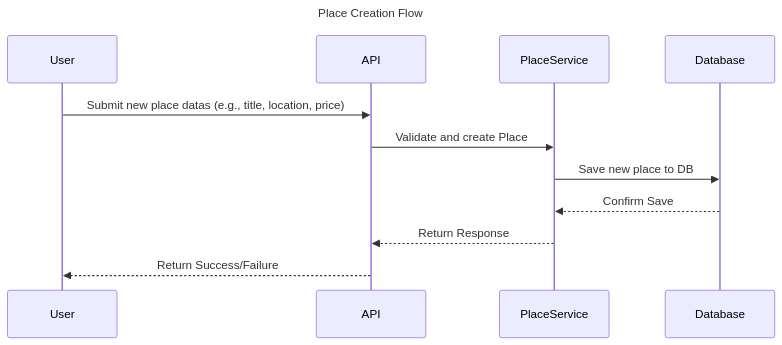
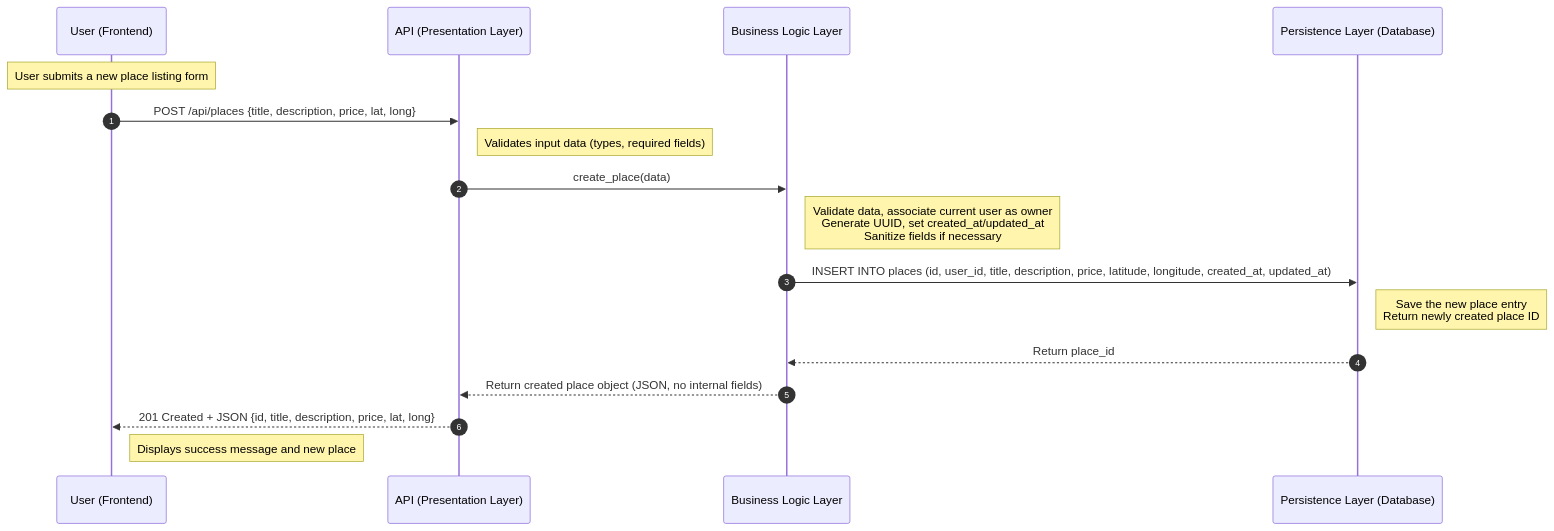
The second of 4 diagrams in part1/2_Sequence_Diagrams.md (Roullito/holbertonschool-hbnb), drawn with Mermaid before and after one commit. The commit also changed other lines of this file, not shown here.

Commit message:
refactor: update sequence diagrams for API calls with detailed descriptions and improved structure

````diff
--- a/part1/2_Sequence_Diagrams.md
+++ b/part1/2_Sequence_Diagrams.md
@@ -38,17 +41,25 @@
 ```mermaid
 sequenceDiagram
-title Place Creation Flow
+    autonumber
+    participant Client as User (Frontend)
+    participant API as API (Presentation Layer)
+    participant Logic as Business Logic Layer
+    participant DB as Persistence Layer (Database)
 
-participant User
-participant API
-participant PlaceService
-participant Database
+    Note over Client: User submits a new place listing form
+    Client->>API: POST /api/places {title, description, price, lat, long}
 
-User ->> API: Submit new place datas (e.g., title, location, price)
-API ->> PlaceService: Validate and create Place
-PlaceService ->> Database: Save new place to DB
-Database -->> PlaceService: Confirm Save
-PlaceService -->> API: Return Response
-API -->> User: Return Success/Failure
+    Note right of API: Validates input data (types, required fields)
+    API->>Logic: create_place(data)
+
+    Note right of Logic: Validate data, associate current user as owner<br>Generate UUID, set created_at/updated_at<br>Sanitize fields if necessary
+    Logic->>DB: INSERT INTO places (id, user_id, title, description, price, latitude, longitude, created_at, updated_at)
+
+    Note right of DB: Save the new place entry<br>Return newly created place ID
+    DB-->>Logic: Return place_id
+    Logic-->>API: Return created place object (JSON, no internal fields)
+    API-->>Client: 201 Created + JSON {id, title, description, price, lat, long}
+
+    Note right of Client: Displays success message and new place
 
 ```
````
